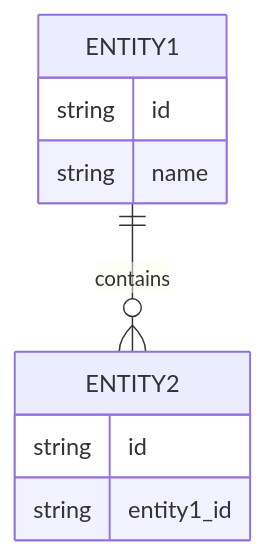
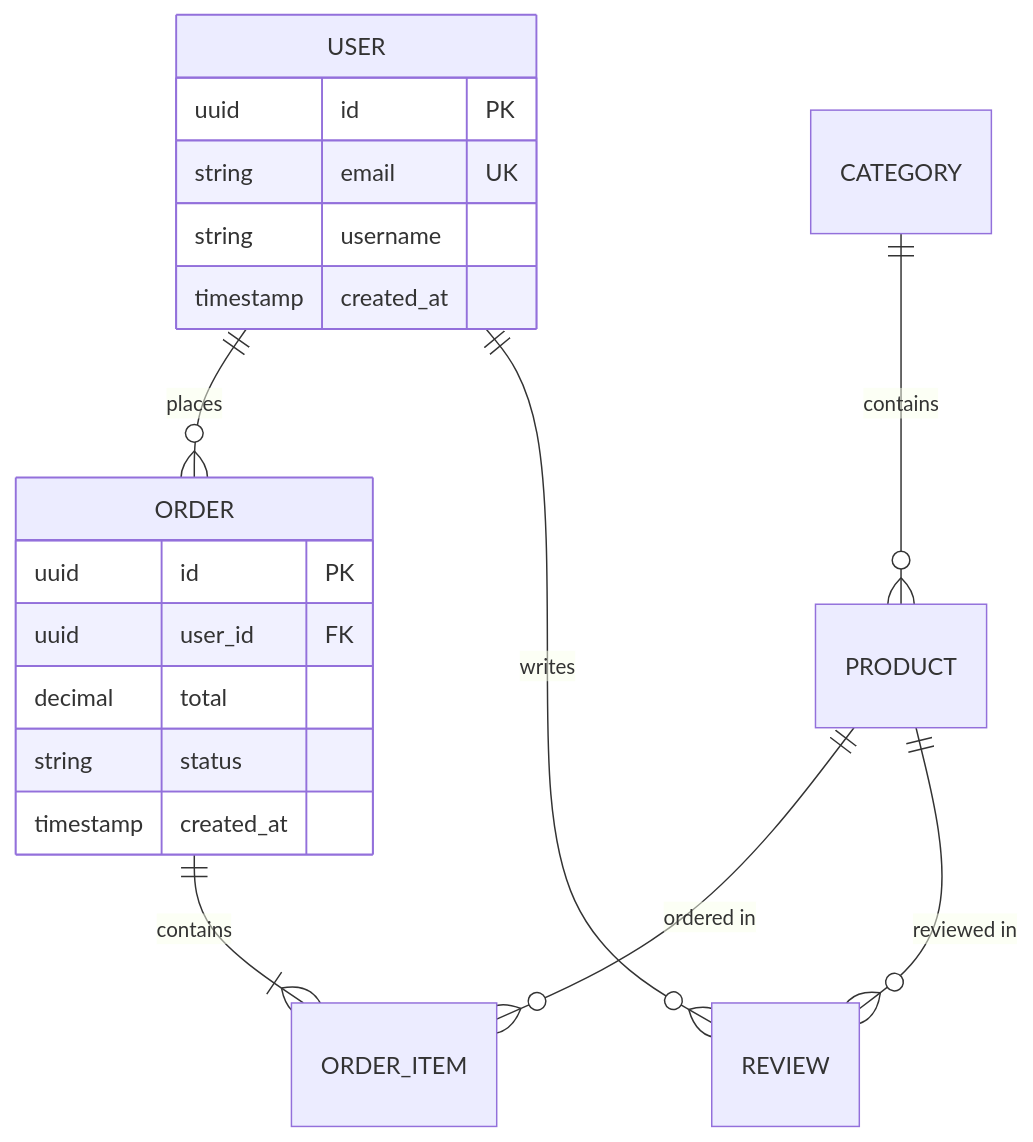
Before and after one commit to xincheng213618/OpenDeepWiki: the third of 9 diagrams in src/KoalaWiki/Prompts/Warehouse/GenerateDocsApplications.md, drawn with Mermaid. The commit also changed other lines of this file and 31 other files, not shown here.

````diff
--- a/src/KoalaWiki/Prompts/Warehouse/GenerateDocsApplications.md
+++ b/src/KoalaWiki/Prompts/Warehouse/GenerateDocsApplications.md
@@ -117,12 +189,24 @@
 ```mermaid
 erDiagram
-    ENTITY1 ||--o{ ENTITY2 : contains
-    ENTITY1 {
-        string id
-        string name
+    USER ||--o{ ORDER : places
+    USER ||--o{ REVIEW : writes
+    ORDER ||--|{ ORDER_ITEM : contains
+    PRODUCT ||--o{ ORDER_ITEM : "ordered in"
+    PRODUCT ||--o{ REVIEW : "reviewed in"
+    CATEGORY ||--o{ PRODUCT : contains
+    
+    USER {
+        uuid id PK
+        string email UK
+        string username
+        timestamp created_at
     }
-    ENTITY2 {
-        string id
-        string entity1_id
+    
+    ORDER {
+        uuid id PK
+        uuid user_id FK
+        decimal total
+        string status
+        timestamp created_at
     }
 ```
````
